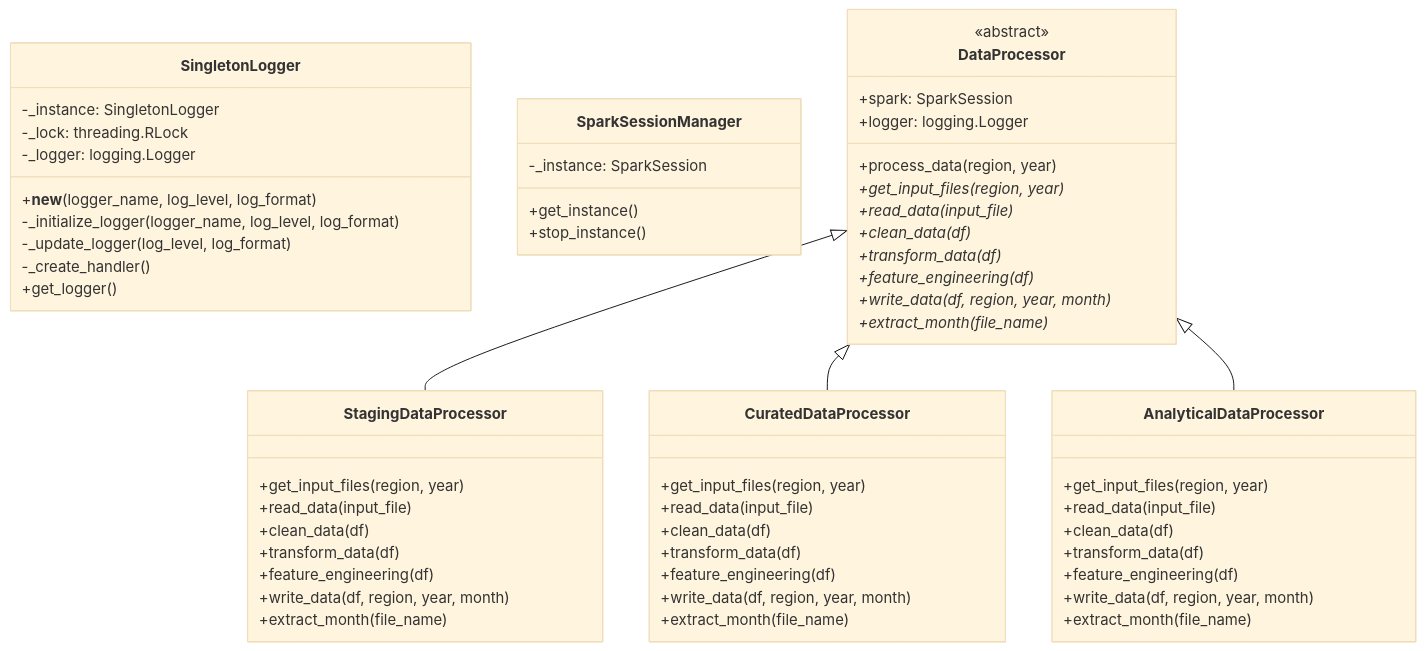
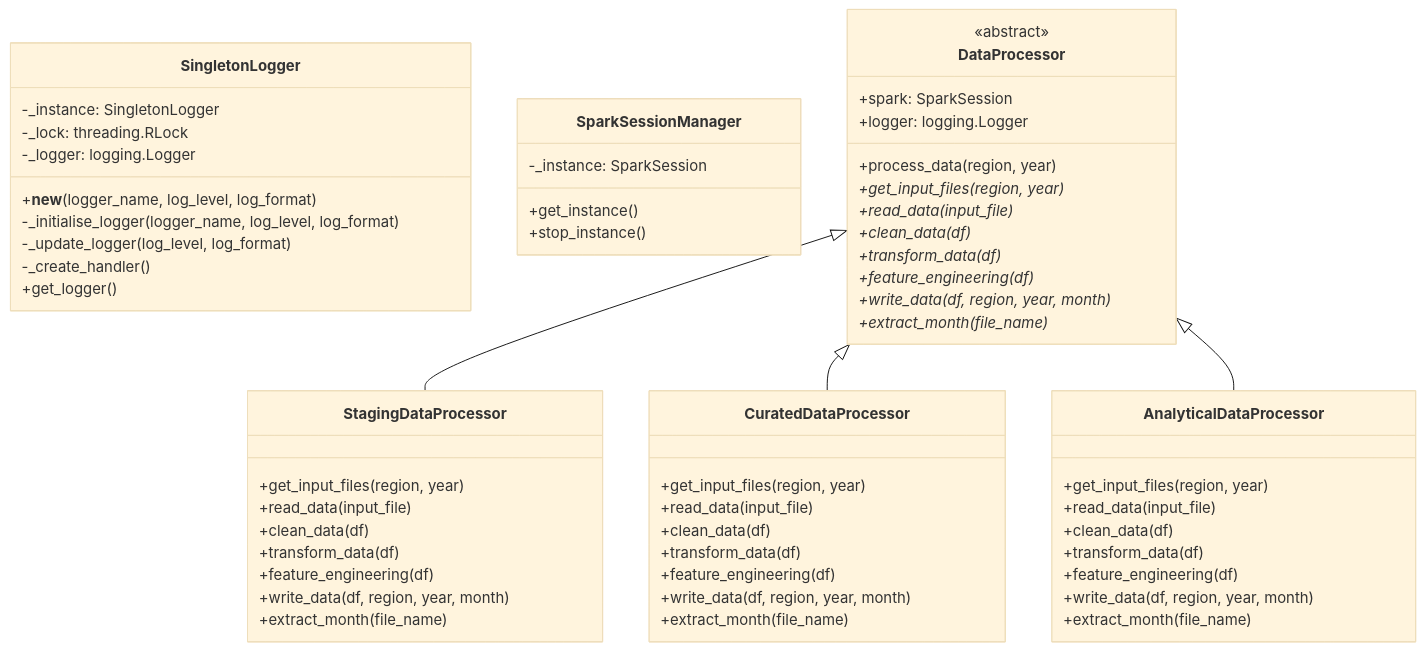
One commit to arturogonzalezm/energy_price_and_demand_forecast changed the second of 3 diagrams in README.md. Above: the diagram before and after it, drawn with Mermaid (base theme). The commit also changed other lines of this file, not shown here.

````diff
--- a/README.md
+++ b/README.md
@@ -202,67 +202,67 @@
 ```mermaid
 classDiagram
     class SingletonLogger {
         -_instance: SingletonLogger
         -_lock: threading.RLock
         -_logger: logging.Logger
         +__new__(logger_name, log_level, log_format)
-        -_initialize_logger(logger_name, log_level, log_format)
+        -_initialise_logger(logger_name, log_level, log_format)
         -_update_logger(log_level, log_format)
         -_create_handler()
         +get_logger()
     }
 
     class SparkSessionManager {
         -_instance: SparkSession
         +get_instance()
         +stop_instance()
     }
 
     class DataProcessor {
         <<abstract>>
         +spark: SparkSession
         +logger: logging.Logger
         +process_data(region, year)
         +get_input_files(region, year)*
         +read_data(input_file)*
         +clean_data(df)*
         +transform_data(df)*
         +feature_engineering(df)*
         +write_data(df, region, year, month)*
         +extract_month(file_name)*
     }
 
     class StagingDataProcessor {
         +get_input_files(region, year)
         +read_data(input_file)
         +clean_data(df)
         +transform_data(df)
         +feature_engineering(df)
         +write_data(df, region, year, month)
         +extract_month(file_name)
     }
 
     class CuratedDataProcessor {
         +get_input_files(region, year)
         +read_data(input_file)
         +clean_data(df)
         +transform_data(df)
         +feature_engineering(df)
         +write_data(df, region, year, month)
         +extract_month(file_name)
     }
 
     class AnalyticalDataProcessor {
         +get_input_files(region, year)
         +read_data(input_file)
         +clean_data(df)
         +transform_data(df)
         +feature_engineering(df)
         +write_data(df, region, year, month)
         +extract_month(file_name)
     }
 
     DataProcessor <|-- StagingDataProcessor
     DataProcessor <|-- CuratedDataProcessor
     DataProcessor <|-- AnalyticalDataProcessor
 ```
````
